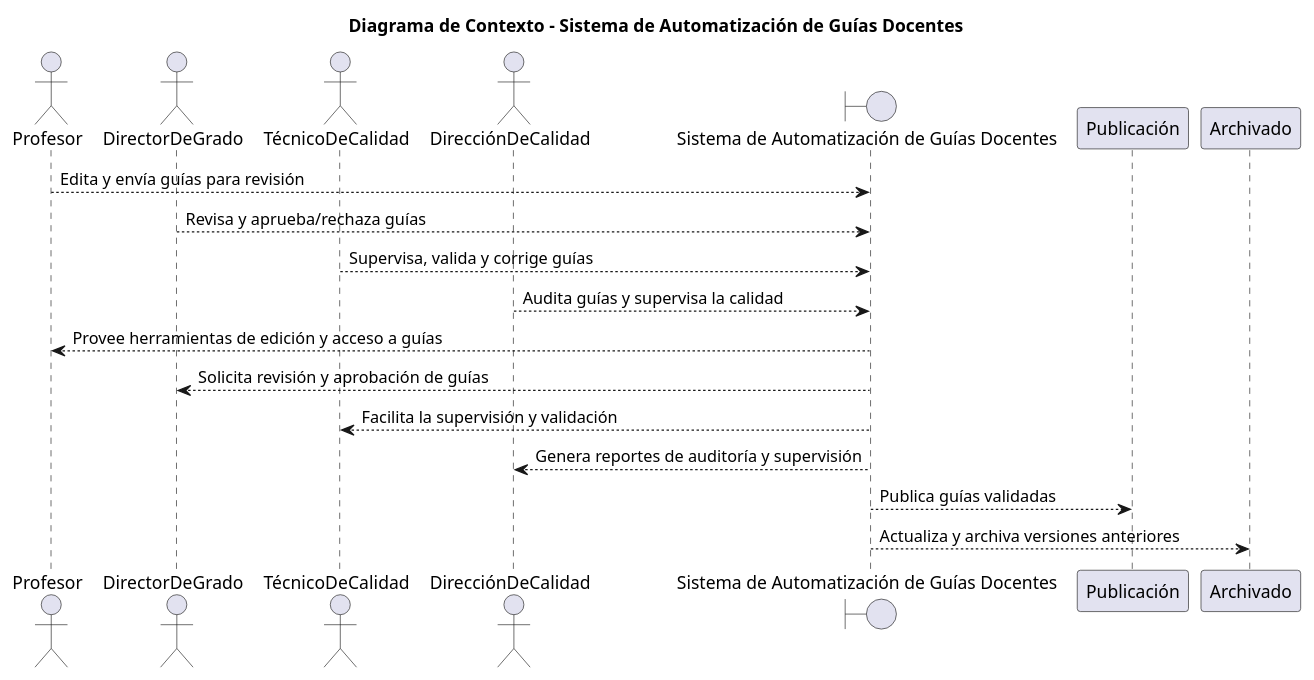
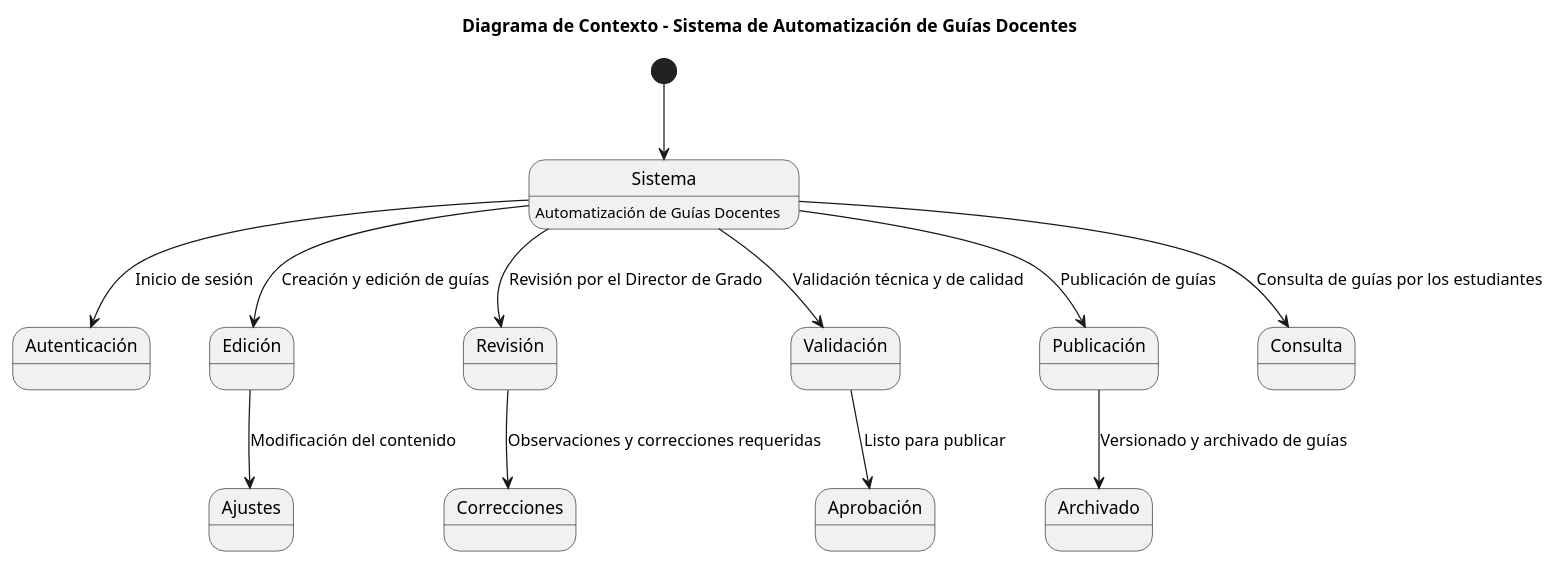
Before and after one commit to mmasias/24-25-IdSw1-SDR: the diagram in CasosDeUso/diagramaDeContexto/DiagramaDeContexto.puml, drawn with PlantUML.

Commit message:
DiagramaDeContexto tercera iteracion

```diff
--- a/CasosDeUso/diagramaDeContexto/DiagramaDeContexto.puml
+++ b/CasosDeUso/diagramaDeContexto/DiagramaDeContexto.puml
@@ -1,24 +1,19 @@
-@startuml DiagramaDeContexto
+@startuml Diagrama_de_Contexto
 title Diagrama de Contexto - Sistema de Automatización de Guías Docentes
 
-actor Profesor as prof
-actor DirectorDeGrado as dirGrado
-actor TécnicoDeCalidad as tecCalidad
-actor DirecciónDeCalidad as dirCalidad
+[*] --> Sistema
+Sistema : Automatización de Guías Docentes
 
-boundary "Sistema de Automatización de Guías Docentes" as Sistema
+Sistema --> Autenticación : Inicio de sesión
+Sistema --> Edición : Creación y edición de guías
+Sistema --> Revisión : Revisión por el Director de Grado
+Sistema --> Validación : Validación técnica y de calidad
+Sistema --> Publicación : Publicación de guías
+Sistema --> Consulta : Consulta de guías por los estudiantes
 
-prof --> Sistema : Edita y envía guías para revisión
-dirGrado --> Sistema : Revisa y aprueba/rechaza guías
-tecCalidad --> Sistema : Supervisa, valida y corrige guías
-dirCalidad --> Sistema : Audita guías y supervisa la calidad
-
-Sistema --> prof : Provee herramientas de edición y acceso a guías
-Sistema --> dirGrado : Solicita revisión y aprobación de guías
-Sistema --> tecCalidad : Facilita la supervisión y validación
-Sistema --> dirCalidad : Genera reportes de auditoría y supervisión
-
-Sistema --> Publicación : Publica guías validadas
-Sistema --> Archivado : Actualiza y archiva versiones anteriores
+Edición --> Ajustes : Modificación del contenido
+Revisión --> Correcciones : Observaciones y correcciones requeridas
+Validación --> Aprobación : Listo para publicar
+Publicación --> Archivado : Versionado y archivado de guías
 
 @enduml
```
